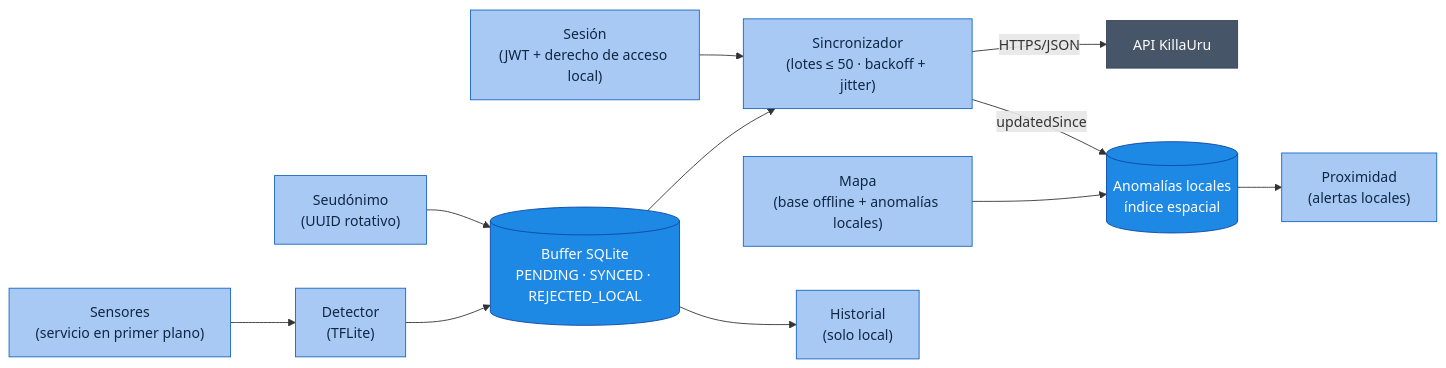
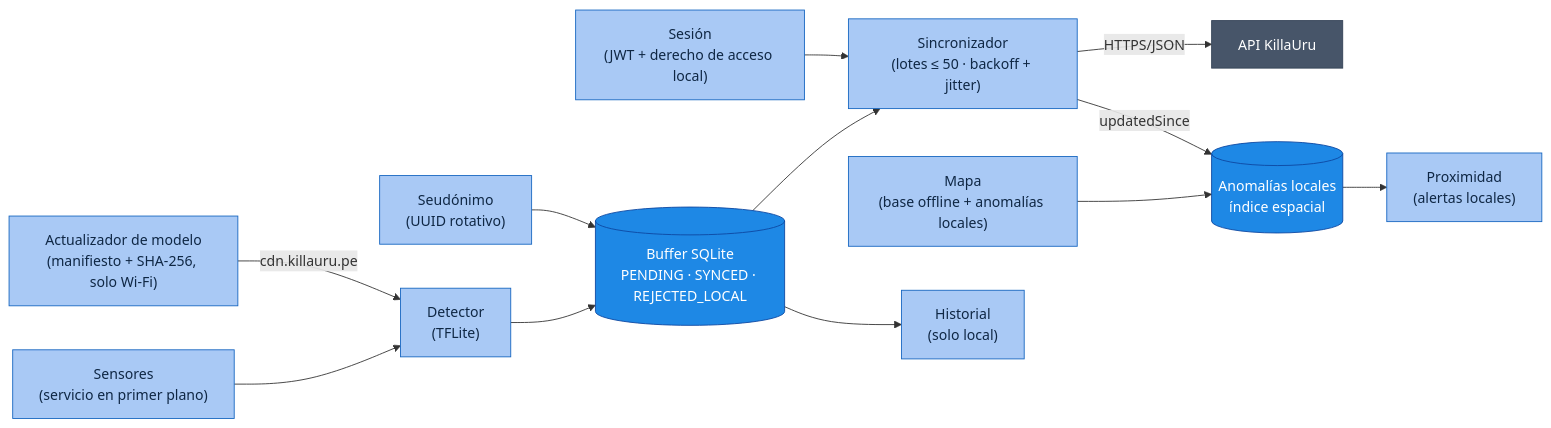
The second of 2 diagrams in docs/02-arquitectura-de-software/componentes-arquitectonicos.md (Crisso29/KillaUru_Sprint01), drawn with Mermaid before and after one commit. The commit also changed other lines of this file and 13 other files, not shown here.

````diff
--- a/docs/02-arquitectura-de-software/componentes-arquitectonicos.md
+++ b/docs/02-arquitectura-de-software/componentes-arquitectonicos.md
@@ -124,17 +120,18 @@
 ```mermaid
 flowchart LR
     classDef comp fill:#A9C9F5,color:#0F2744,stroke:#1565C0
     classDef datos fill:#1E88E5,color:#fff,stroke:#0d47a1
     classDef ext fill:#475569,color:#fff,stroke:#334155
 
     SEN["Sensores<br/>(servicio en primer plano)"]:::comp --> DET["Detector<br/>(TFLite)"]:::comp
     DET --> BUF[("Buffer SQLite<br/>PENDING · SYNCED · REJECTED_LOCAL")]:::datos
     PRIV["Seudónimo<br/>(UUID rotativo)"]:::comp --> BUF
     BUF --> SYN["Sincronizador<br/>(lotes ≤ 50 · backoff + jitter)"]:::comp
     SYN -- "HTTPS/JSON" --> API["API KillaUru"]:::ext
     SES["Sesión<br/>(JWT + derecho de acceso local)"]:::comp --> SYN
     MAPA["Mapa<br/>(base offline + anomalías locales)"]:::comp --> LOC[("Anomalías locales<br/>índice espacial")]:::datos
     SYN -- "updatedSince" --> LOC
     LOC --> PRX["Proximidad<br/>(alertas locales)"]:::comp
     BUF --> HIS["Historial<br/>(solo local)"]:::comp
+    ACT["Actualizador de modelo<br/>(manifiesto + SHA-256, solo Wi-Fi)"]:::comp -- "cdn.killauru.pe" --> DET
 ```
````
